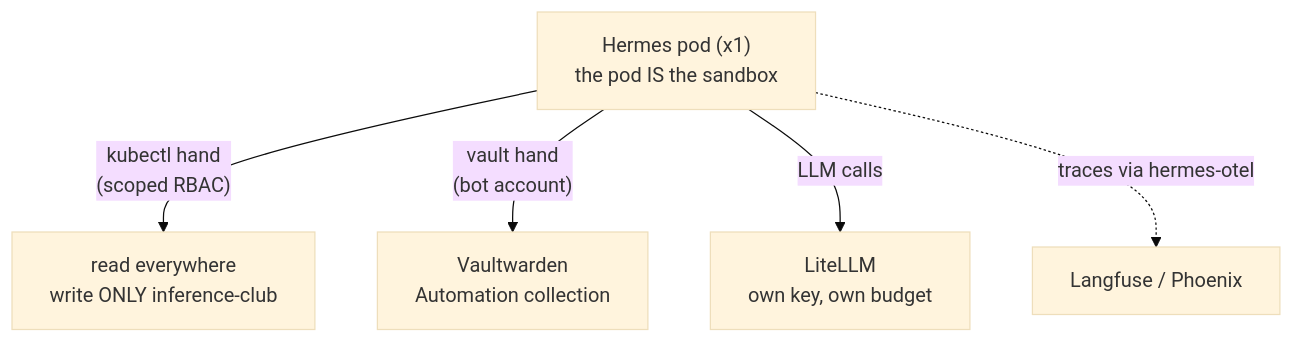
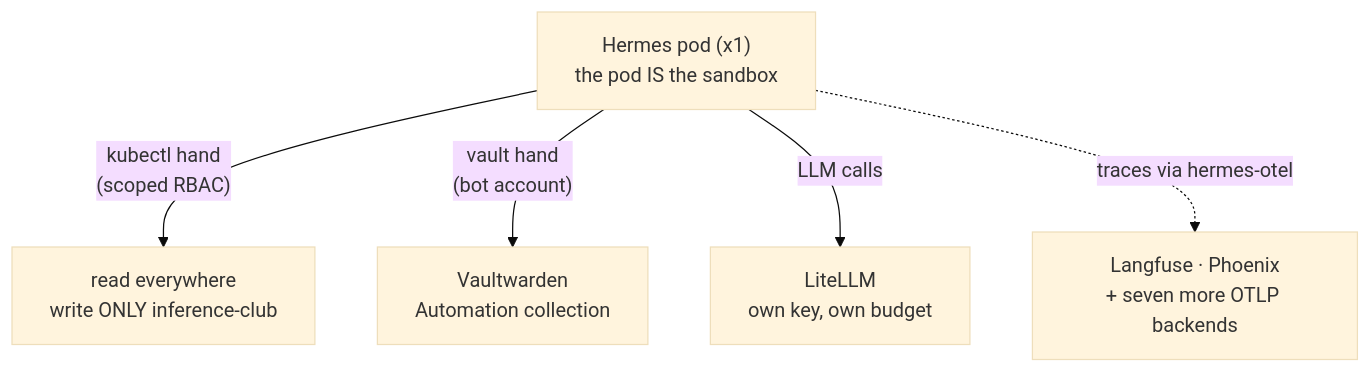
Before and after one commit to briancaffey/home-lab: the diagram in docs-site/docs/ai/hermes.md, drawn with Mermaid (base theme). The commit also changed other lines of this file and 16 other files, not shown here.

First line of the commit message:
docs-site: the hermes-otel backend fleet — service page, cross-links, draft lab-note

````diff
--- a/docs-site/docs/ai/hermes.md
+++ b/docs-site/docs/ai/hermes.md
@@ -18,8 +18,8 @@
 ```mermaid
 flowchart TD
     H["Hermes pod (x1)<br/>the pod IS the sandbox"]
     H -->|"kubectl hand<br/>(scoped RBAC)"| K["read everywhere<br/>write ONLY inference-club"]
     H -->|"vault hand<br/>(bot account)"| V["Vaultwarden<br/>Automation collection"]
     H -->|"LLM calls"| L["LiteLLM<br/>own key, own budget"]
-    H -.traces via hermes-otel.-> P["Langfuse / Phoenix"]
+    H -.traces via hermes-otel.-> P["Langfuse · Phoenix<br/>+ seven more OTLP backends"]
 ```
````
